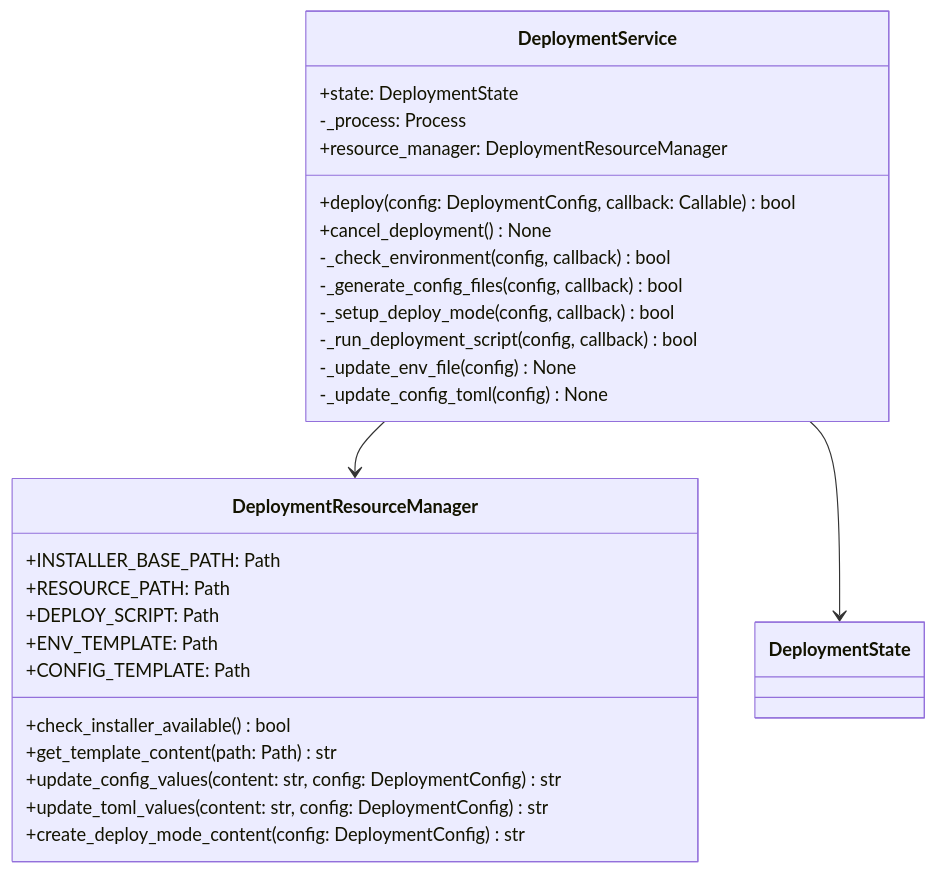
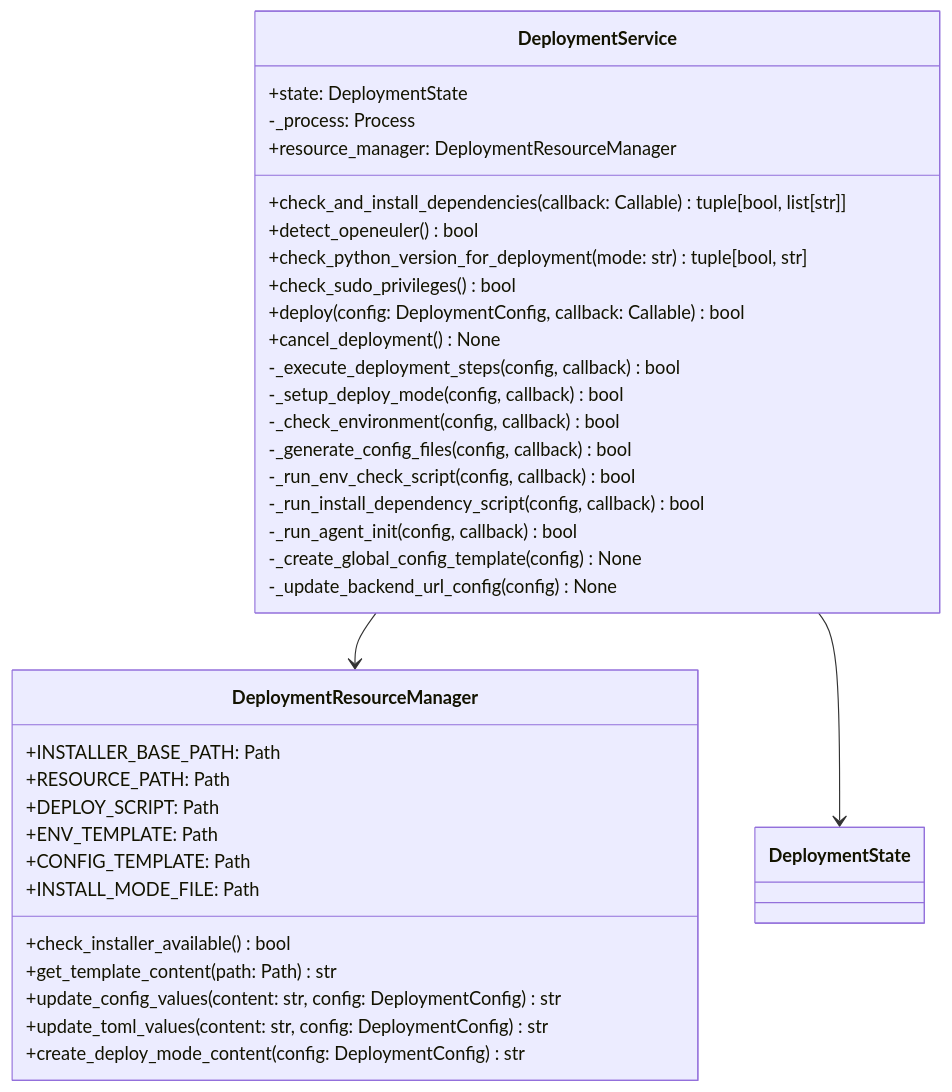
Before and after one commit to HongyuS/euler-copilot-shell: the fifth of 9 diagrams in docs/development/部署助手模块设计.md, drawn with Mermaid. The commit also changed other lines of this file and 3 other files, not shown here.

````diff
--- a/docs/development/部署助手模块设计.md
+++ b/docs/development/部署助手模块设计.md
@@ -211,32 +205,40 @@
 ```mermaid
 classDiagram
     class DeploymentService {
         +state: DeploymentState
         -_process: Process
         +resource_manager: DeploymentResourceManager
+        +check_and_install_dependencies(callback: Callable) tuple[bool, list[str]]
+        +detect_openeuler() bool
+        +check_python_version_for_deployment(mode: str) tuple[bool, str]
+        +check_sudo_privileges() bool
         +deploy(config: DeploymentConfig, callback: Callable) bool
         +cancel_deployment() None
+        -_execute_deployment_steps(config, callback) bool
+        -_setup_deploy_mode(config, callback) bool
         -_check_environment(config, callback) bool
         -_generate_config_files(config, callback) bool
-        -_setup_deploy_mode(config, callback) bool
-        -_run_deployment_script(config, callback) bool
-        -_update_env_file(config) None
-        -_update_config_toml(config) None
+        -_run_env_check_script(config, callback) bool
+        -_run_install_dependency_script(config, callback) bool
+        -_run_agent_init(config, callback) bool
+        -_create_global_config_template(config) None
+        -_update_backend_url_config(config) None
     }
     
     class DeploymentResourceManager {
         +INSTALLER_BASE_PATH: Path
         +RESOURCE_PATH: Path
         +DEPLOY_SCRIPT: Path
         +ENV_TEMPLATE: Path
         +CONFIG_TEMPLATE: Path
+        +INSTALL_MODE_FILE: Path
         +check_installer_available() bool
         +get_template_content(path: Path) str
         +update_config_values(content: str, config: DeploymentConfig) str
         +update_toml_values(content: str, config: DeploymentConfig) str
         +create_deploy_mode_content(config: DeploymentConfig) str
     }
     
     DeploymentService --> DeploymentResourceManager
     DeploymentService --> DeploymentState
 ```
````
